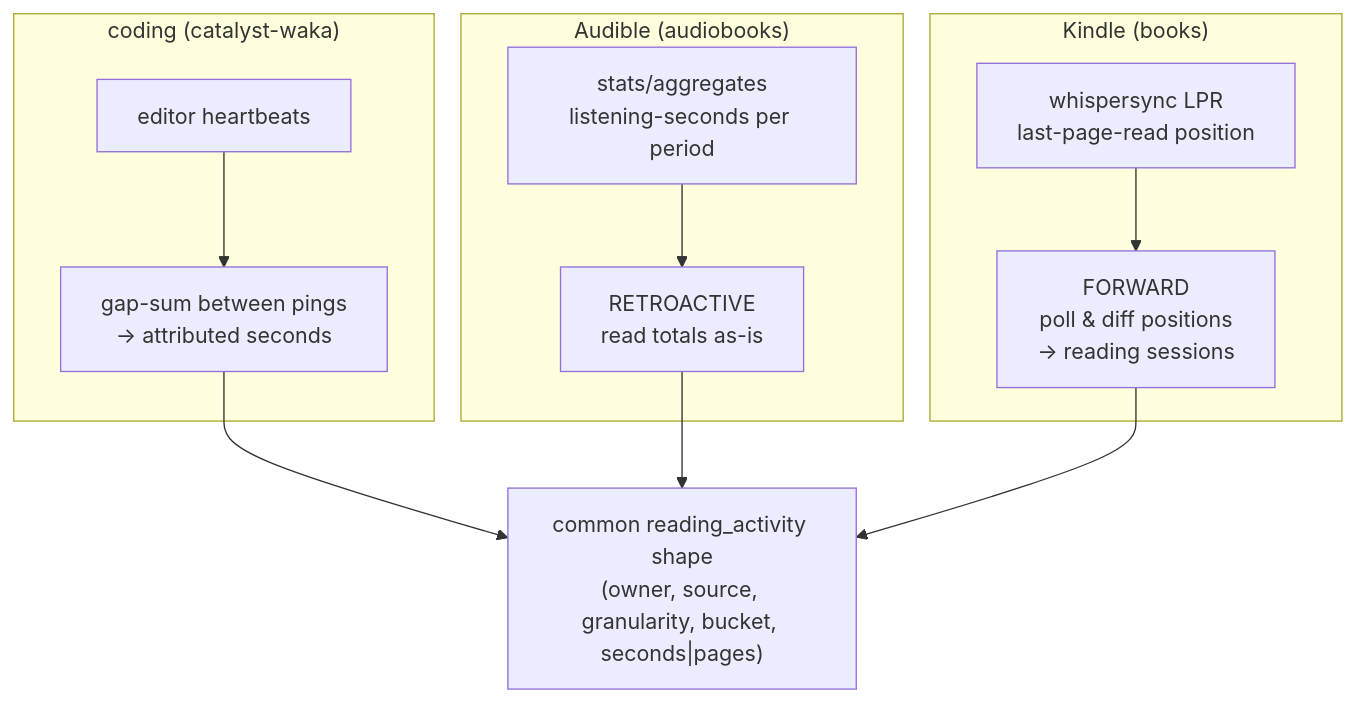
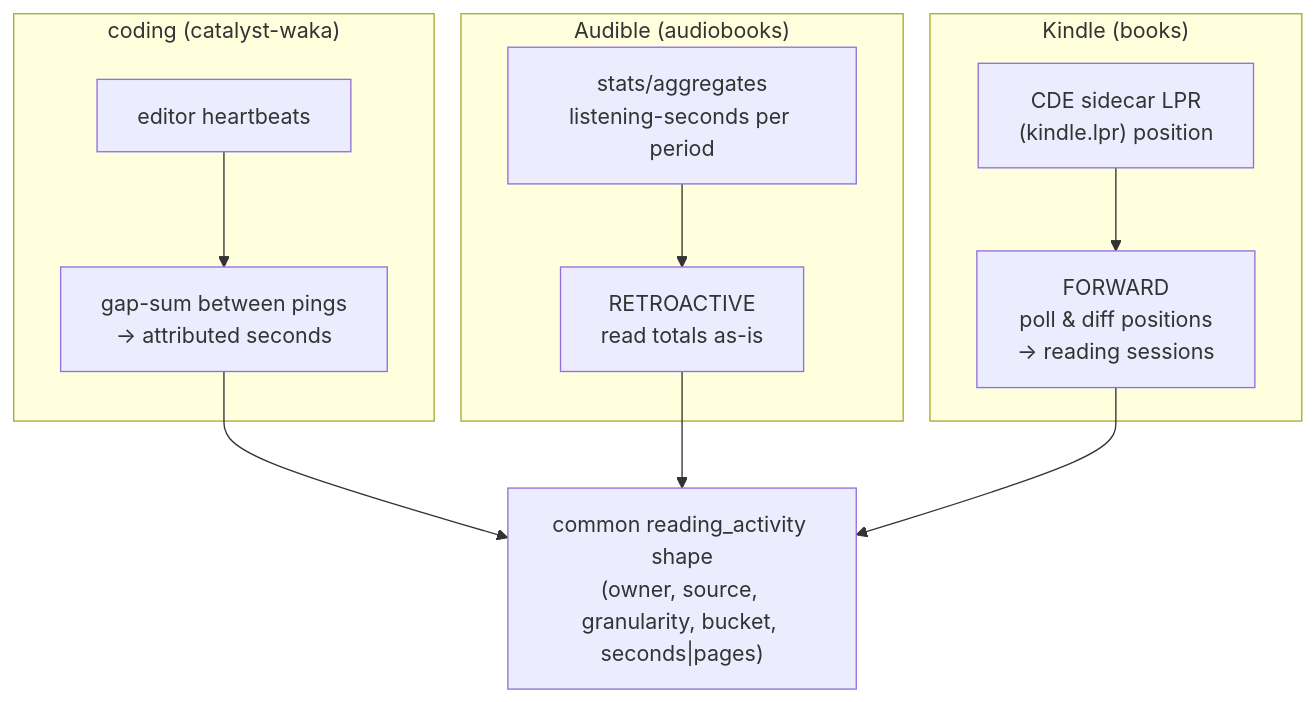
Before and after one commit to TheBranchDriftCatalyst/boomtime: the fifth of 7 diagrams in docs/design/catalyst-books-domain-architecture.md, drawn with Mermaid. The commit also changed other lines of this file, not shown here.

First line of the commit message:
docs(books): capture the full Kindle/Amazon reverse-engineering + reading-monitor discovery

````diff
--- a/docs/design/catalyst-books-domain-architecture.md
+++ b/docs/design/catalyst-books-domain-architecture.md
@@ -439,16 +439,16 @@
 ```mermaid
 flowchart TD
     subgraph coding["coding (catalyst-waka)"]
         HB["editor heartbeats"] --> GAP["gap-sum between pings<br/>→ attributed seconds"]
     end
     subgraph audible["Audible (audiobooks)"]
         AGG["stats/aggregates<br/>listening-seconds per period"] --> RET["RETROACTIVE<br/>read totals as-is"]
     end
     subgraph kindle["Kindle (books)"]
-        LPR["whispersync LPR<br/>last-page-read position"] --> FWD["FORWARD<br/>poll & diff positions<br/>→ reading sessions"]
+        LPR["CDE sidecar LPR<br/>(kindle.lpr) position"] --> FWD["FORWARD<br/>poll & diff positions<br/>→ reading sessions"]
     end
 
     GAP --> RASHAPE
     RET --> RASHAPE["common reading_activity shape<br/>(owner, source, granularity, bucket, seconds|pages)"]
     FWD --> RASHAPE
 ```
````
